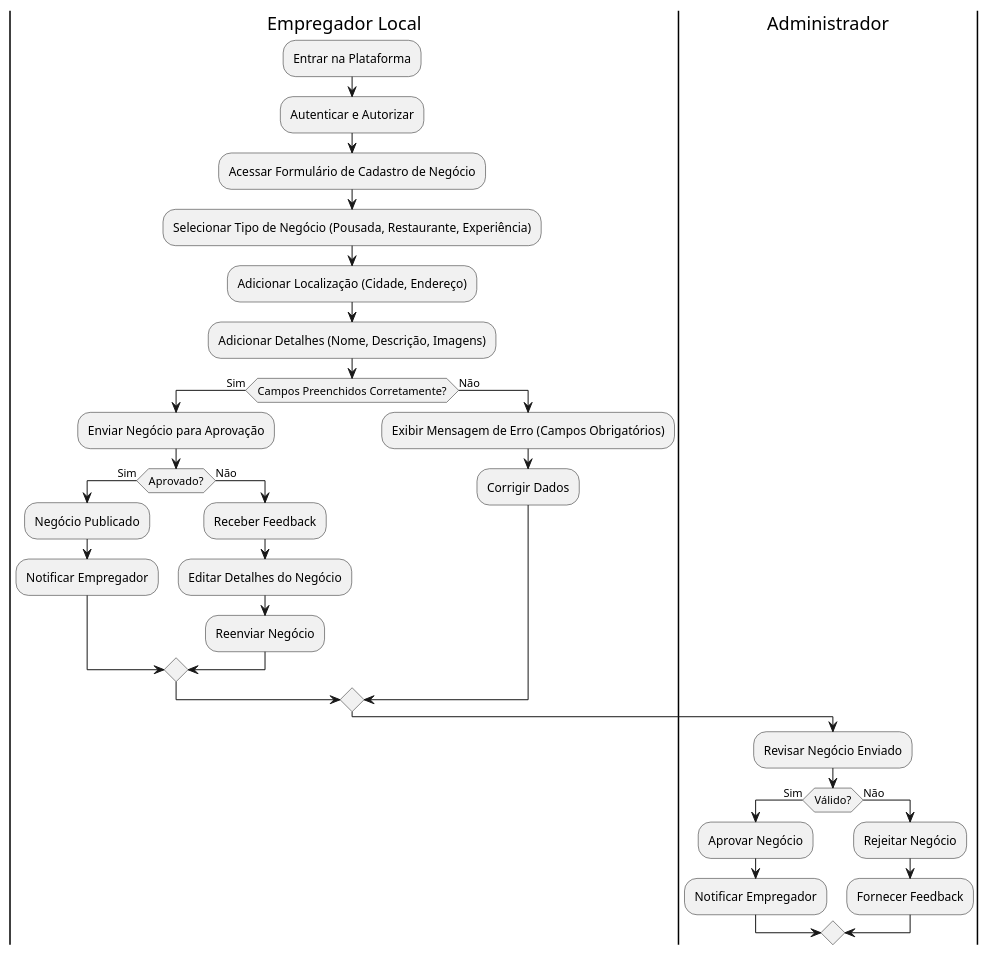
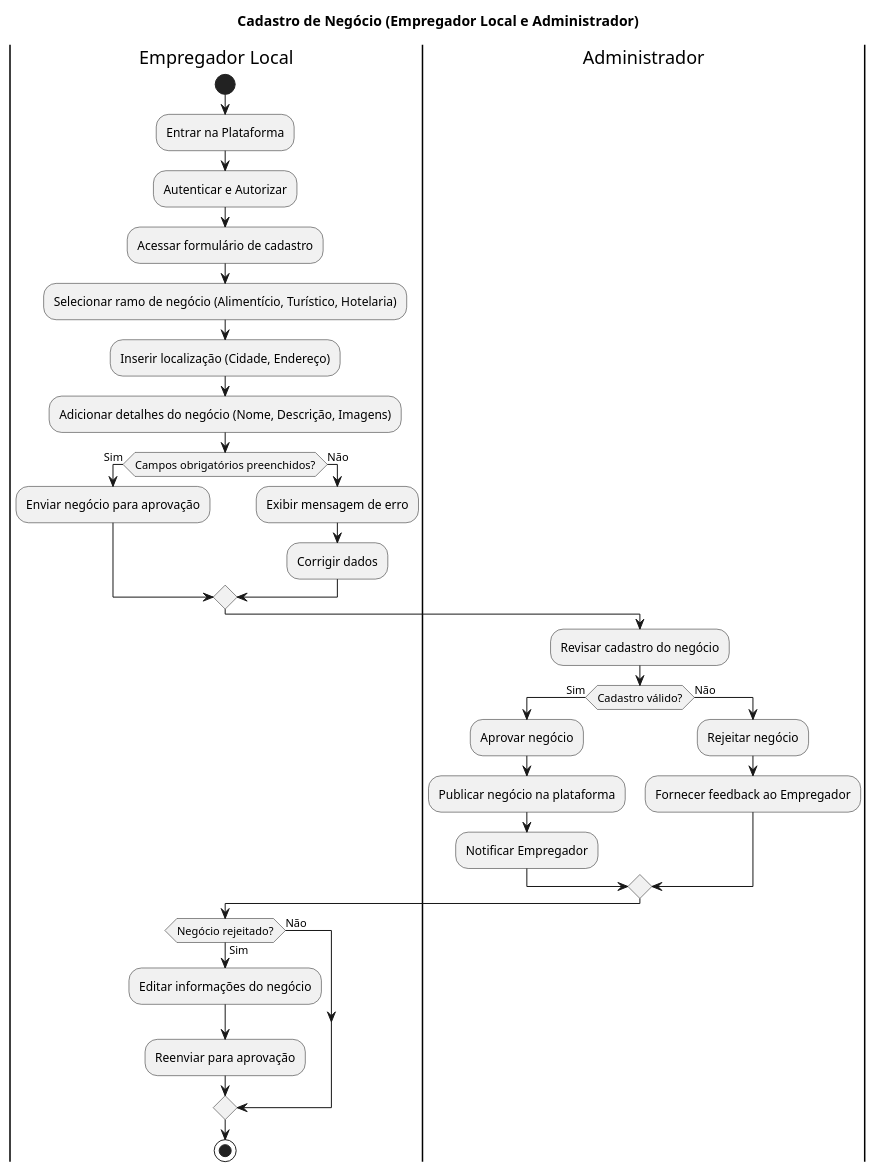
The diagram in diagrams/atividades/cadastrar_negocio.puml (FateCoders/tripmaker-documentation), drawn with PlantUML before and after one commit. The commit also changed 6 other files, not shown here.

Commit message:
📝Finalizando o desenvolviemtno de diagramas de atividade

```diff
--- a/diagrams/atividades/cadastrar_negocio.puml
+++ b/diagrams/atividades/cadastrar_negocio.puml
@@ -1,36 +1,40 @@
 @startuml
+title Cadastro de Negócio (Empregador Local e Administrador)
 skinparam monochrome true
 
 |Empregador Local|
+start
 :Entrar na Plataforma;
 :Autenticar e Autorizar;
-:Acessar Formulário de Cadastro de Negócio;
-:Selecionar Tipo de Negócio (Pousada, Restaurante, Experiência);
-:Adicionar Localização (Cidade, Endereço);
-:Adicionar Detalhes (Nome, Descrição, Imagens);
-if (Campos Preenchidos Corretamente?) then (Sim)
-    :Enviar Negócio para Aprovação;
-    if (Aprovado?) then (Sim)
-        :Negócio Publicado;
-        :Notificar Empregador;
-    else (Não)
-        :Receber Feedback;
-        :Editar Detalhes do Negócio;
-        :Reenviar Negócio;
-    endif
+:Acessar formulário de cadastro;
+:Selecionar ramo de negócio (Alimentício, Turístico, Hotelaria);
+:Inserir localização (Cidade, Endereço);
+:Adicionar detalhes do negócio (Nome, Descrição, Imagens);
+
+if (Campos obrigatórios preenchidos?) then (Sim)
+  :Enviar negócio para aprovação;
 else (Não)
-    :Exibir Mensagem de Erro (Campos Obrigatórios);
-    :Corrigir Dados;
+  :Exibir mensagem de erro;
+  :Corrigir dados;
 endif
 
 |Administrador|
-:Revisar Negócio Enviado;
-if (Válido?) then (Sim)
-    :Aprovar Negócio;
-    :Notificar Empregador;
+:Revisar cadastro do negócio;
+if (Cadastro válido?) then (Sim)
+  :Aprovar negócio;
+  :Publicar negócio na plataforma;
+  :Notificar Empregador;
 else (Não)
-    :Rejeitar Negócio;
-    :Fornecer Feedback;
+  :Rejeitar negócio;
+  :Fornecer feedback ao Empregador;
 endif
 
+|Empregador Local|
+if (Negócio rejeitado?) then (Sim)
+  :Editar informações do negócio;
+  :Reenviar para aprovação;
+else (Não)
+endif
+
+stop
 @enduml
```
